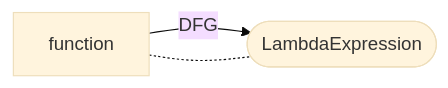
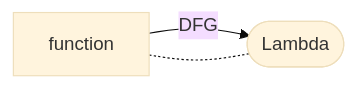
Diagram 25 of 40 in docs/docs/CPG/specs/dfg.md (Fraunhofer-AISEC/cpg), drawn with Mermaid (base theme) before and after one commit. The commit also changed other lines of this file and 403 other files, not shown here.

````diff
--- a/docs/docs/CPG/specs/dfg.md
+++ b/docs/docs/CPG/specs/dfg.md
@@ -463,5 +463,5 @@
 ```mermaid
   flowchart LR
-    function -- DFG --> node([LambdaExpression]);
+    function -- DFG --> node([Lambda]);
     function -.- node;
 ```
````
